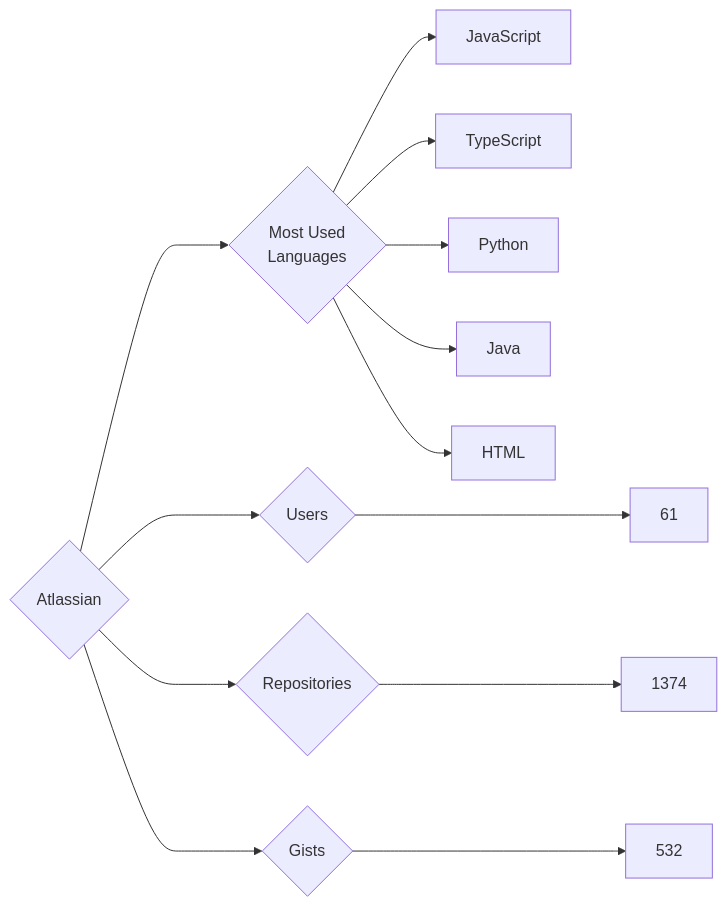
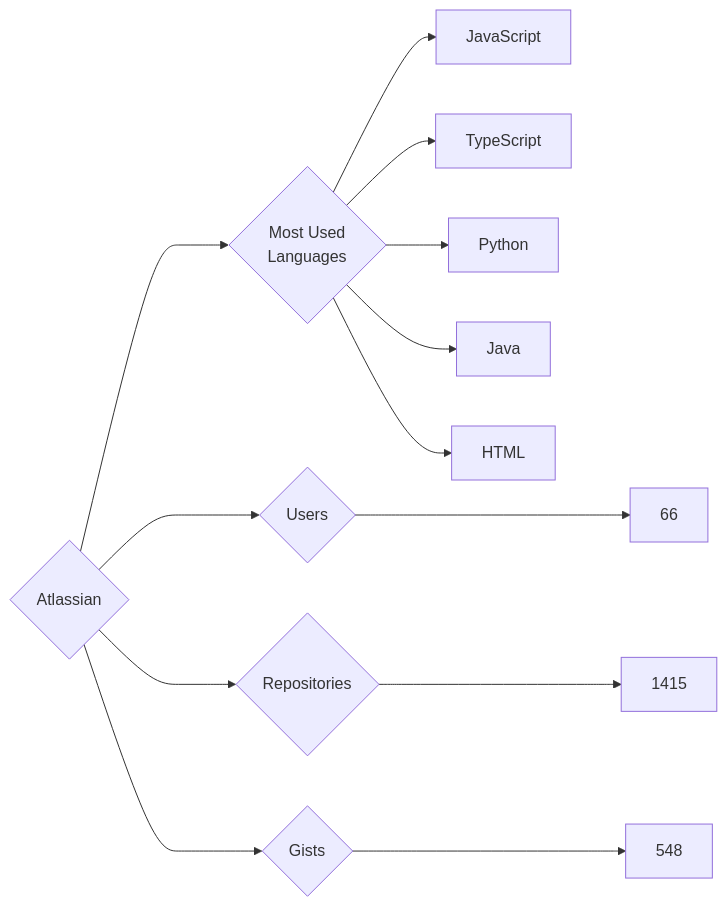
Before and after one commit to trickest/insiders: the diagram in targets/Atlassian/README.md, drawn with Mermaid. The commit also changed 553 other files, not shown here.

````diff
--- a/targets/Atlassian/README.md
+++ b/targets/Atlassian/README.md
@@ -3,13 +3,13 @@
 ```mermaid
 graph LR
 COMPANY_NAME{Atlassian}
-COMPANY_NAME ---> U{Users} ---> UN[61]
-COMPANY_NAME ---> R{Repositories} ---> RN[1374]
-COMPANY_NAME ---> G{Gists} ---> GN[532]
+COMPANY_NAME ---> U{Users} ---> UN[66]
+COMPANY_NAME ---> R{Repositories} ---> RN[1415]
+COMPANY_NAME ---> G{Gists} ---> GN[548]
 COMPANY_NAME ---> ML{Most Used<br>Languages}
 ML --> JavaScript[JavaScript]
 ML --> TypeScript[TypeScript]
 ML --> Python[Python]
 ML --> Java[Java]
 ML --> HTML[HTML]
 ```
````
